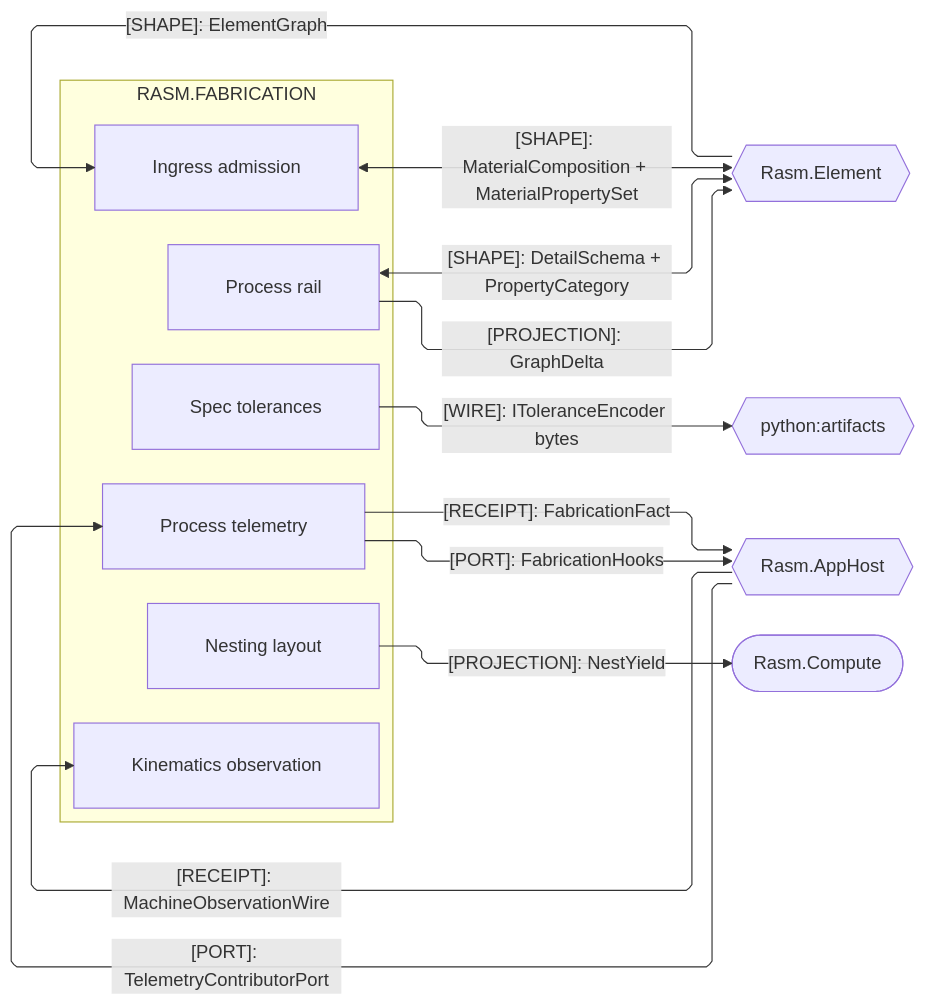
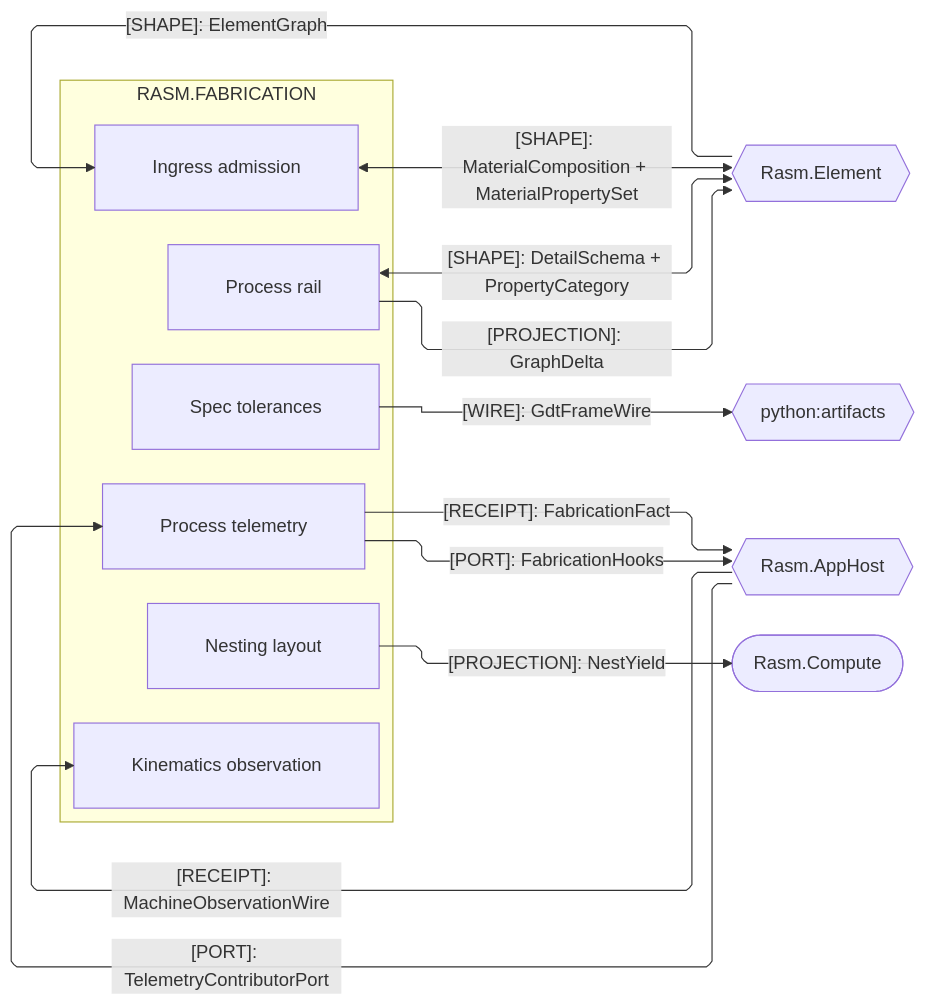
The second of 3 diagrams in libs/csharp/Rasm.Fabrication/ARCHITECTURE.md (bsamiee/Rasm), drawn with Mermaid before and after one commit. The commit also changed 400 other files, not shown here.

````diff
--- a/libs/csharp/Rasm.Fabrication/ARCHITECTURE.md
+++ b/libs/csharp/Rasm.Fabrication/ARCHITECTURE.md
@@ -208,34 +208,34 @@
 ```mermaid
 ---
 config:
   layout: elk
   flowchart:
     curve: linear
     padding: 25
 ---
 flowchart LR
     accTitle: Fabrication AEC-domain peer seams
     accDescr: Fabrication owners exchanging projector, graph, tolerance, yield, and telemetry contracts with the AEC peers and the artifacts plane.
     subgraph fabrication[RASM.FABRICATION]
         Process[Process rail]
         Telemetry[Process telemetry]
         Ingress[Ingress admission]
         Kinematics[Kinematics observation]
         Nesting[Nesting layout]
         Spec[Spec tolerances]
     end
     Element{{Rasm.Element}}
     Artifacts{{python:artifacts}}
     AppHost{{Rasm.AppHost}}
     Compute([Rasm.Compute])
     Process e1@-->|"[PROJECTION]: GraphDelta"| Element
     Element e2@-->|"[SHAPE]: ElementGraph"| Ingress
     Ingress e14@<-->|"[SHAPE]: MaterialComposition + MaterialPropertySet"| Element
     Process e15@<-->|"[SHAPE]: DetailSchema + PropertyCategory"| Element
-    Spec e8@-->|"[WIRE]: IToleranceEncoder bytes"| Artifacts
+    Spec e8@-->|"[WIRE]: GdtFrameWire"| Artifacts
     Telemetry e9@-->|"[RECEIPT]: FabricationFact"| AppHost
     AppHost e10@-->|"[PORT]: TelemetryContributorPort"| Telemetry
     Telemetry e11@-->|"[PORT]: FabricationHooks"| AppHost
     AppHost e12@-->|"[RECEIPT]: MachineObservationWire"| Kinematics
     Nesting e13@-->|"[PROJECTION]: NestYield"| Compute
 ```
````
